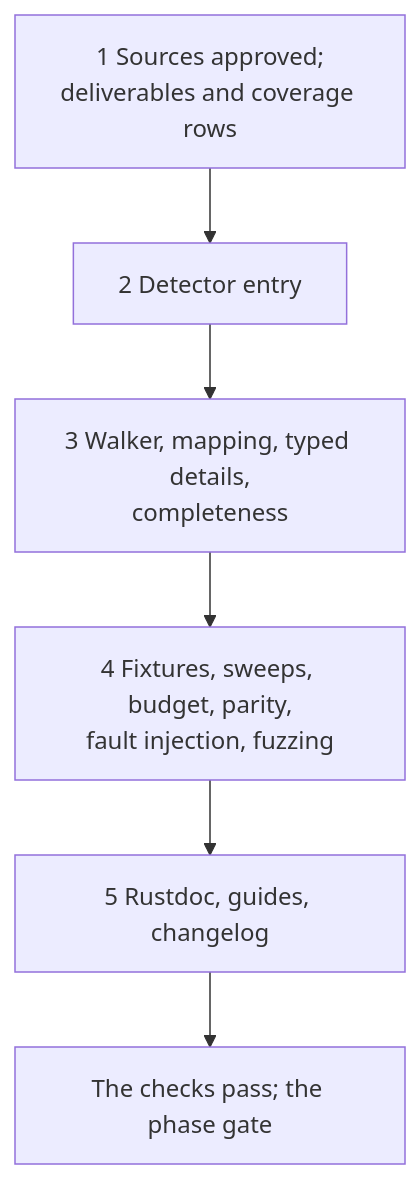
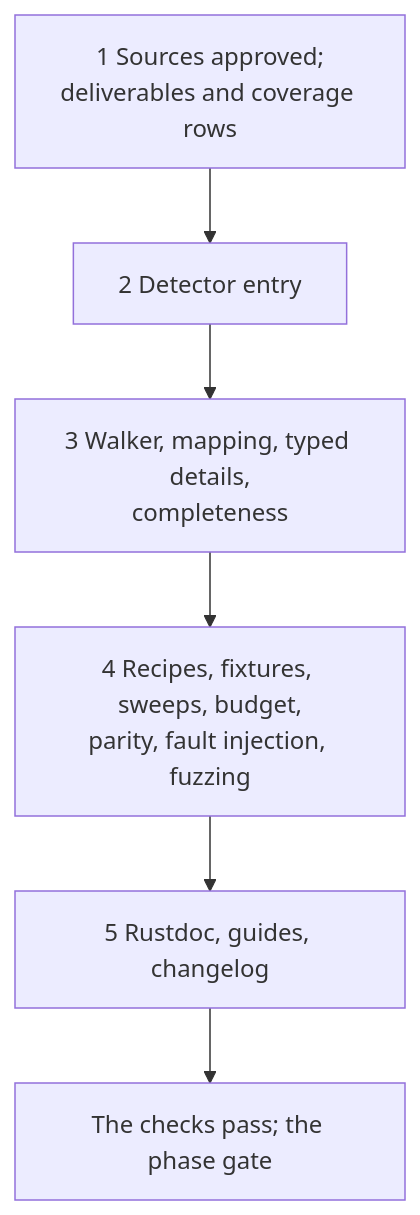
Before and after one commit to caoccao/cc-media-probe: the third of 4 diagrams in CONTRIBUTING.md, drawn with Mermaid. The commit also changed other lines of this file and 27 other files, not shown here.

````diff
--- a/CONTRIBUTING.md
+++ b/CONTRIBUTING.md
@@ -118,8 +125,8 @@
 ```mermaid
 flowchart TD
   S["1 Sources approved;<br/>deliverables and coverage rows"] --> D["2 Detector entry"]
   D --> P["3 Walker, mapping, typed details,<br/>completeness"]
-  P --> T["4 Fixtures, sweeps, budget, parity,<br/>fault injection, fuzzing"]
+  P --> T["4 Recipes, fixtures, sweeps, budget,<br/>parity, fault injection, fuzzing"]
   T --> O["5 Rustdoc, guides, changelog"]
   O --> G["The checks pass; the phase gate"]
 ```
````
